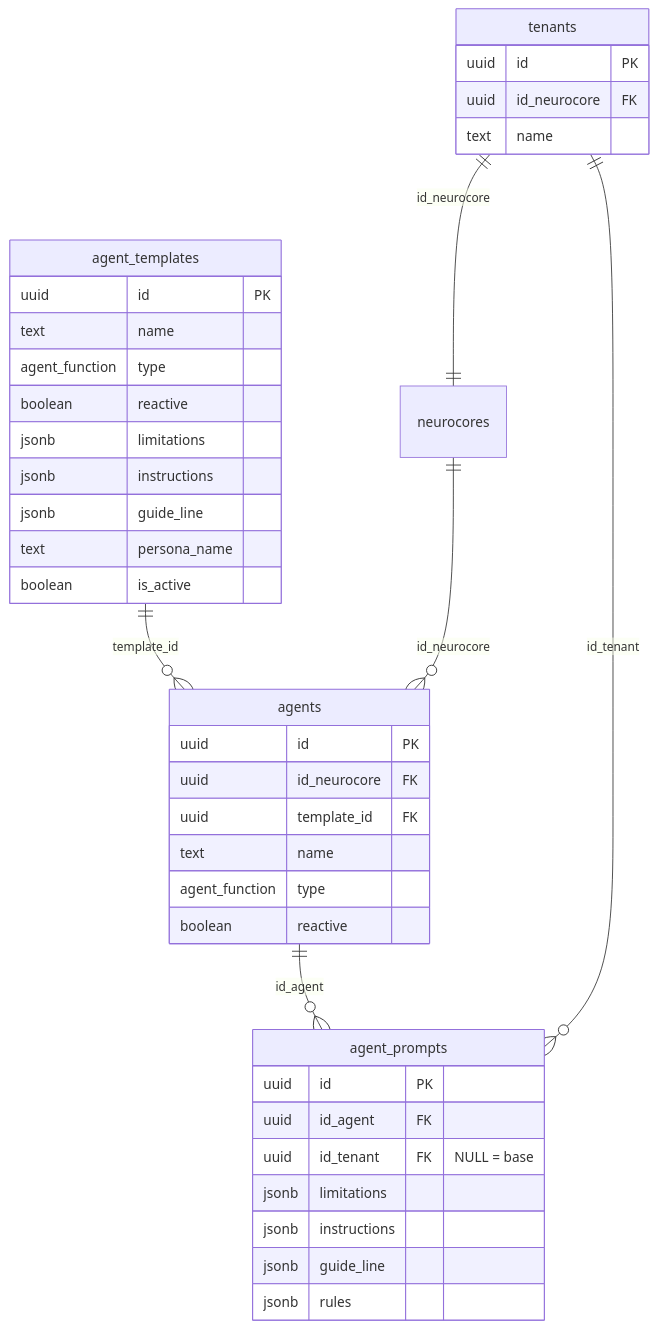
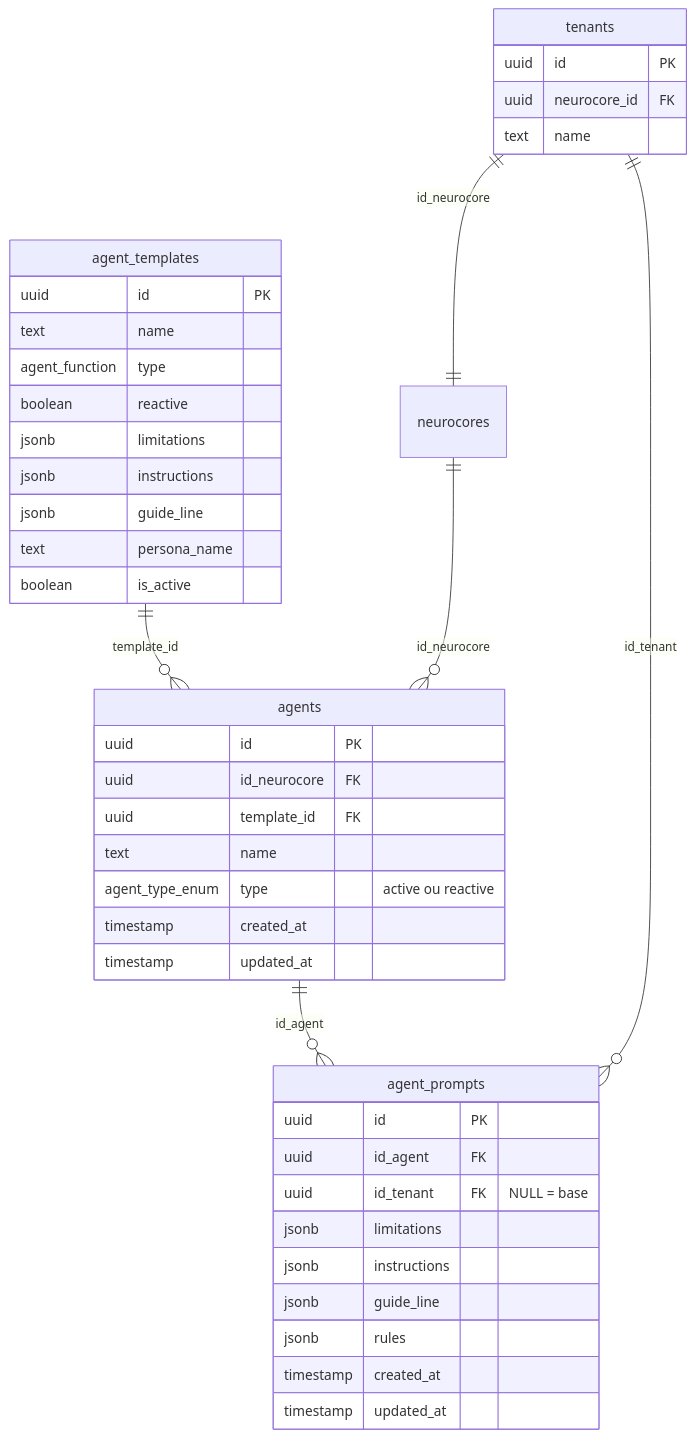
One commit to FrankMarcelino/livia_dev_01 changed the diagram in docs/planejamento/agent-templates-implementation-plan.md. Above: the diagram before and after it, drawn with Mermaid. The commit also changed other lines of this file and 4 other files, not shown here.

````diff
--- a/docs/planejamento/agent-templates-implementation-plan.md
+++ b/docs/planejamento/agent-templates-implementation-plan.md
@@ -51,45 +272,48 @@
 ```mermaid
 erDiagram
     agent_templates ||--o{ agents : "template_id"
     agents ||--o{ agent_prompts : "id_agent"
     tenants ||--o{ agent_prompts : "id_tenant"
     neurocores ||--o{ agents : "id_neurocore"
     tenants ||--|| neurocores : "id_neurocore"
 
     agent_templates {
         uuid id PK
         text name
         agent_function type
         boolean reactive
         jsonb limitations
         jsonb instructions
         jsonb guide_line
         text persona_name
         boolean is_active
     }
 
     agents {
         uuid id PK
         uuid id_neurocore FK
         uuid template_id FK
         text name
-        agent_function type
-        boolean reactive
+        agent_type_enum type "active ou reactive"
+        timestamp created_at
+        timestamp updated_at
     }
 
     agent_prompts {
         uuid id PK
         uuid id_agent FK
         uuid id_tenant FK "NULL = base"
         jsonb limitations
         jsonb instructions
         jsonb guide_line
         jsonb rules
+        timestamp created_at
+        timestamp updated_at
     }
 
     tenants {
         uuid id PK
-        uuid id_neurocore FK
+        uuid neurocore_id FK
         text name
     }
 ```
````
